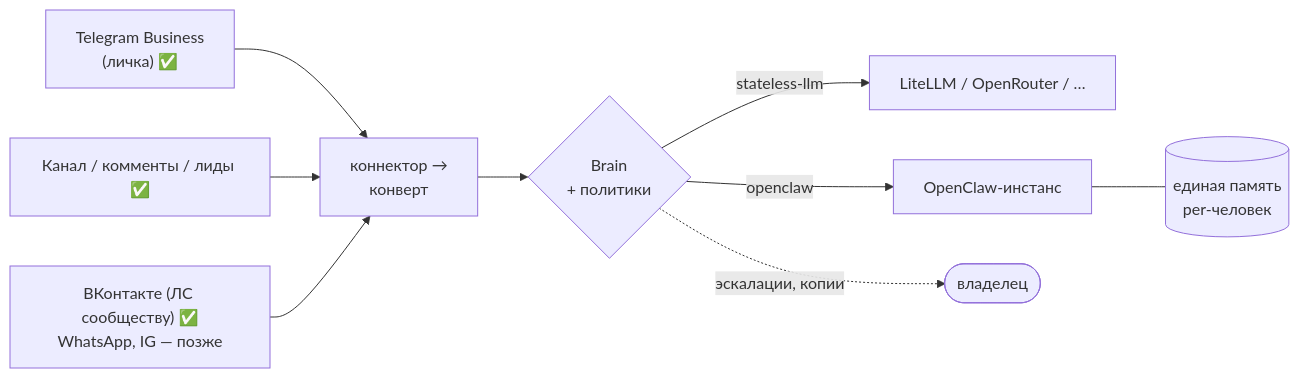
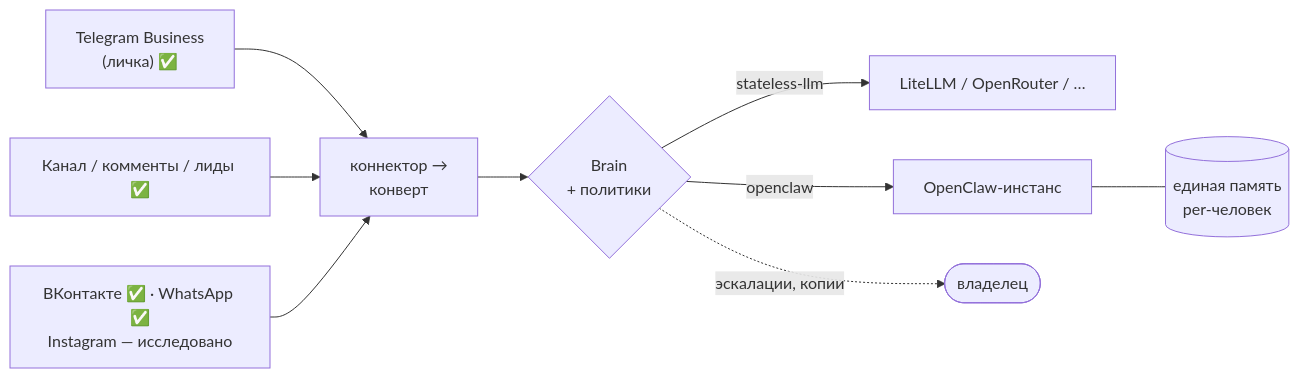
Before and after one commit to Rivega42/telegram-secretary: the diagram in README.md, drawn with Mermaid. The commit also changed other lines of this file and 11 other files, not shown here.

First line of the commit message:
feat: этап 4 — коннектор WhatsApp + карта кода в документации

````diff
--- a/README.md
+++ b/README.md
@@ -49,11 +49,11 @@
 ```mermaid
 flowchart LR
     DM["Telegram Business<br>(личка) ✅"] --> E
     CH["Канал / комменты / лиды ✅"] --> E
-    VK["ВКонтакте (ЛС сообществу) ✅<br>WhatsApp, IG — позже"] --> E
+    VK["ВКонтакте ✅ · WhatsApp ✅<br>Instagram — исследовано"] --> E
     E["коннектор →<br>конверт"] --> BR{"Brain<br>+ политики"}
     BR -->|stateless-llm| LLM["LiteLLM / OpenRouter / …"]
     BR -->|openclaw| OC["OpenClaw-инстанс"]
     OC --- MEM[("единая память<br>per-человек")]
     BR -. эскалации, копии .-> OWN(["владелец"])
 ```
````
